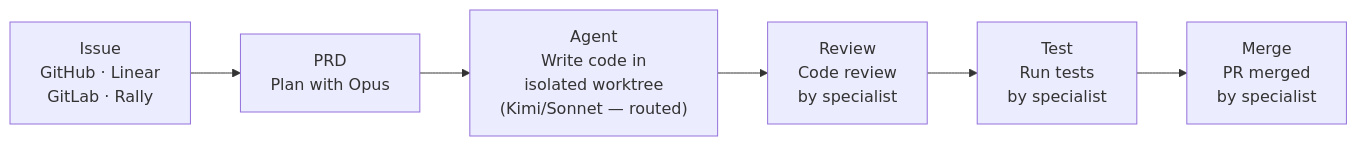
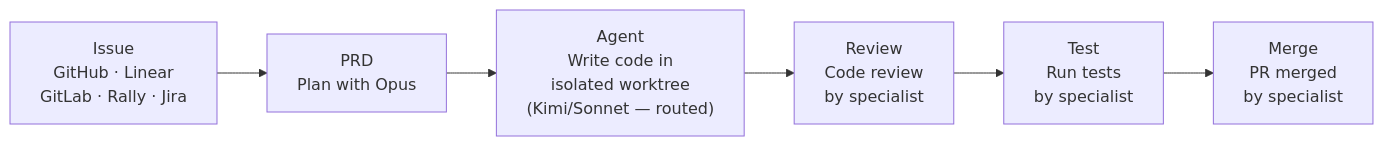
Before and after one commit to eltmon/overdeck: the diagram in introduction.mdx, drawn with Mermaid. The commit also changed other lines of this file and 8 other files, not shown here.

````diff
--- a/introduction.mdx
+++ b/introduction.mdx
@@ -91,11 +91,11 @@
 ```mermaid
 flowchart LR
-    Issue["Issue\nGitHub · Linear\nGitLab · Rally"]
+    Issue["Issue\nGitHub · Linear\nGitLab · Rally · Jira"]
     PRD["PRD\nPlan with Opus"]
     Agent["Agent\nWrite code in\nisolated worktree\n(Kimi/Sonnet — routed)"]
     Review["Review\nCode review\nby specialist"]
     Test["Test\nRun tests\nby specialist"]
     Merge["Merge\nPR merged\nby specialist"]
 
     Issue --> PRD --> Agent --> Review --> Test --> Merge
 ```
````
